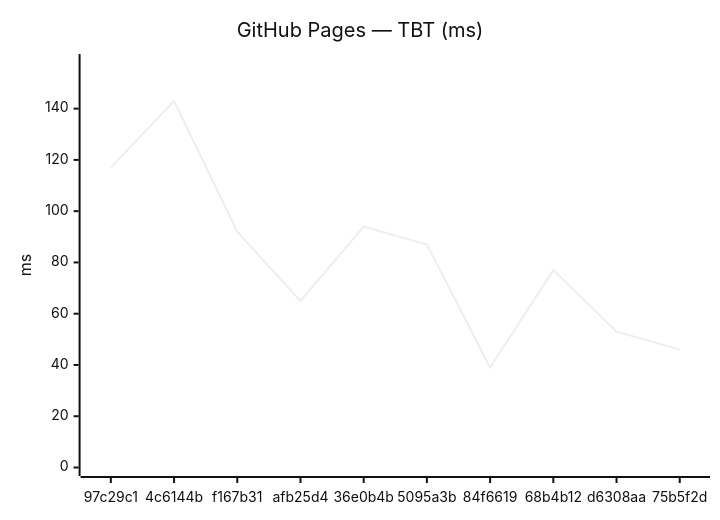
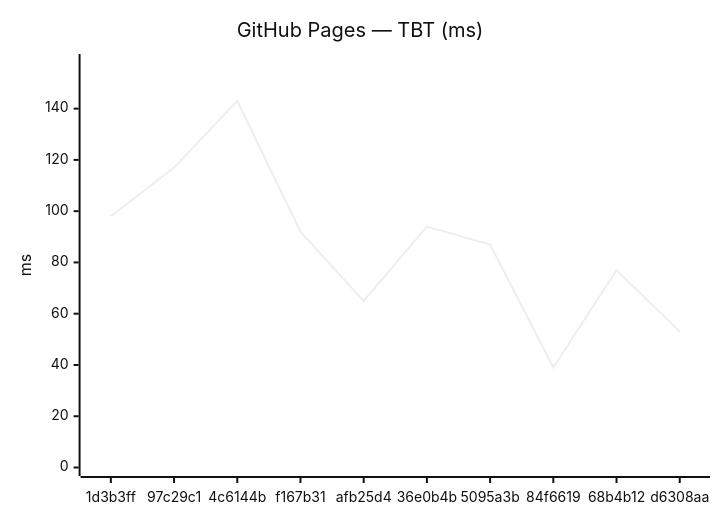
The fourth of 18 diagrams in benchmarks/compare.md (Metaheurist/Rianell), drawn with Mermaid (neutral theme) before and after one commit. The commit also changed other lines of this file and 11 other files, not shown here.

````diff
--- a/benchmarks/compare.md
+++ b/benchmarks/compare.md
@@ -61,7 +61,7 @@
 ```mermaid
 xychart-beta
     title "GitHub Pages — TBT (ms)"
-    x-axis ["97c29c1", "4c6144b", "f167b31", "afb25d4", "36e0b4b", "5095a3b", "84f6619", "68b4b12", "d6308aa", "75b5f2d"]
+    x-axis ["1d3b3ff", "97c29c1", "4c6144b", "f167b31", "afb25d4", "36e0b4b", "5095a3b", "84f6619", "68b4b12", "d6308aa"]
     y-axis "ms" 0 --> 158
-    line [117, 143, 92, 65, 94, 87, 39, 77, 53, 46]
+    line [98, 117, 143, 92, 65, 94, 87, 39, 77, 53]
 ```
````
